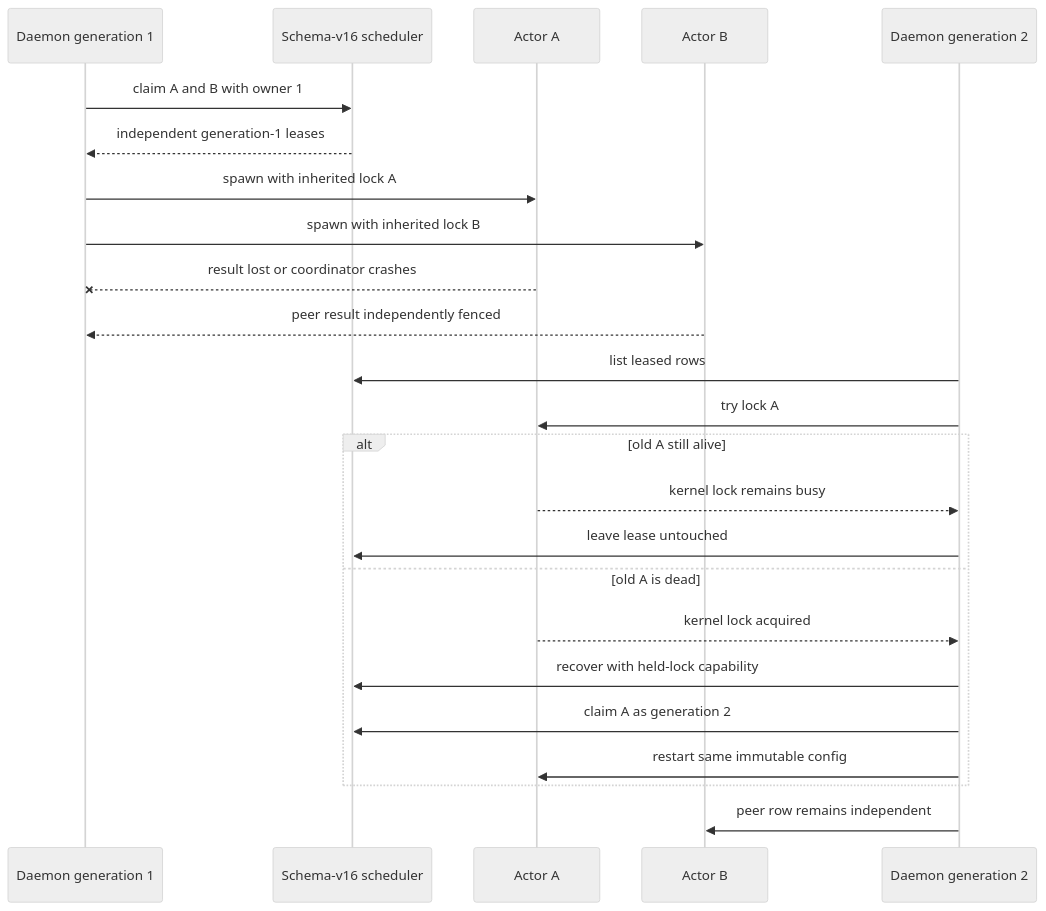
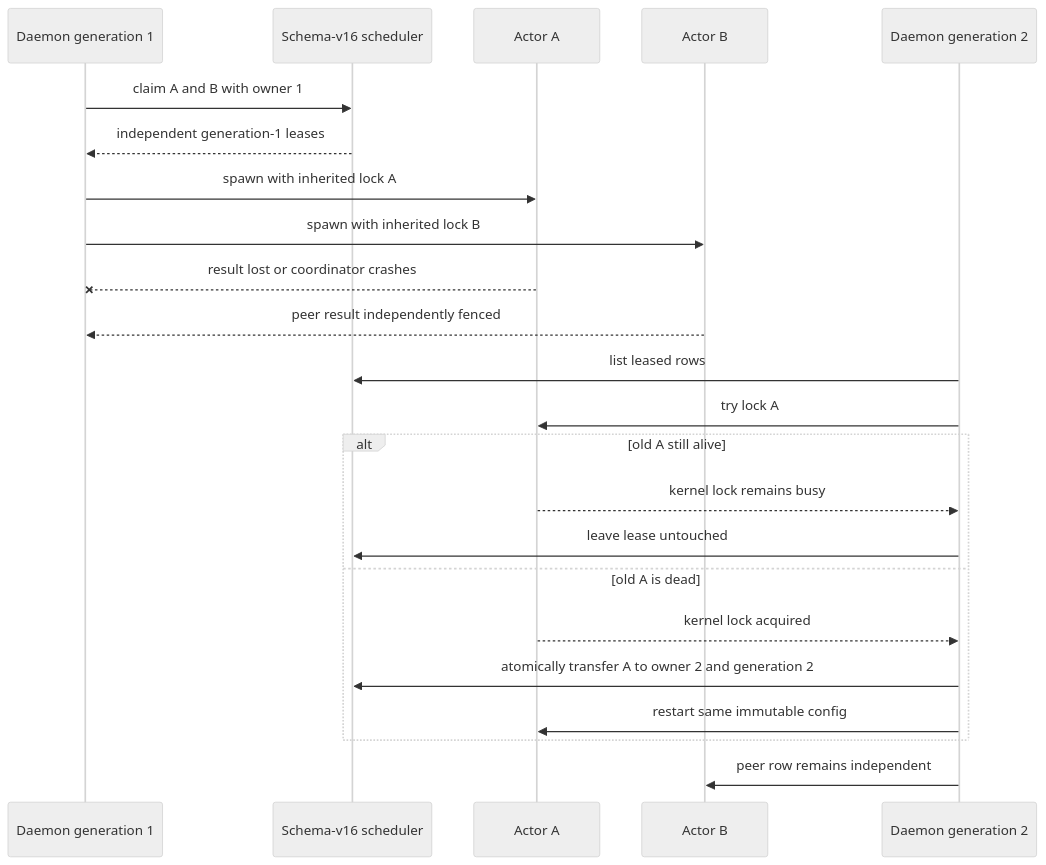
Before and after one commit to gateway-fm/lez-atomic-swaps: the second of 2 diagrams in docs/architecture/0100-fence-maker-actor-process-leases.md, drawn with Mermaid (neutral theme). The commit also changed other lines of this file and 9 other files, not shown here.

````diff
--- a/docs/architecture/0100-fence-maker-actor-process-leases.md
+++ b/docs/architecture/0100-fence-maker-actor-process-leases.md
@@ -69,26 +84,25 @@
 ```mermaid
 sequenceDiagram
     participant D1 as Daemon generation 1
     participant Q as Schema-v16 scheduler
     participant A as Actor A
     participant B as Actor B
     participant D2 as Daemon generation 2
     D1->>Q: claim A and B with owner 1
     Q-->>D1: independent generation-1 leases
     D1->>A: spawn with inherited lock A
     D1->>B: spawn with inherited lock B
     A--xD1: result lost or coordinator crashes
     B-->>D1: peer result independently fenced
     D2->>Q: list leased rows
     D2->>A: try lock A
     alt old A still alive
         A-->>D2: kernel lock remains busy
         D2->>Q: leave lease untouched
     else old A is dead
         A-->>D2: kernel lock acquired
-        D2->>Q: recover with held-lock capability
-        D2->>Q: claim A as generation 2
+        D2->>Q: atomically transfer A to owner 2 and generation 2
         D2->>A: restart same immutable config
     end
     D2->>B: peer row remains independent
 ```
````
